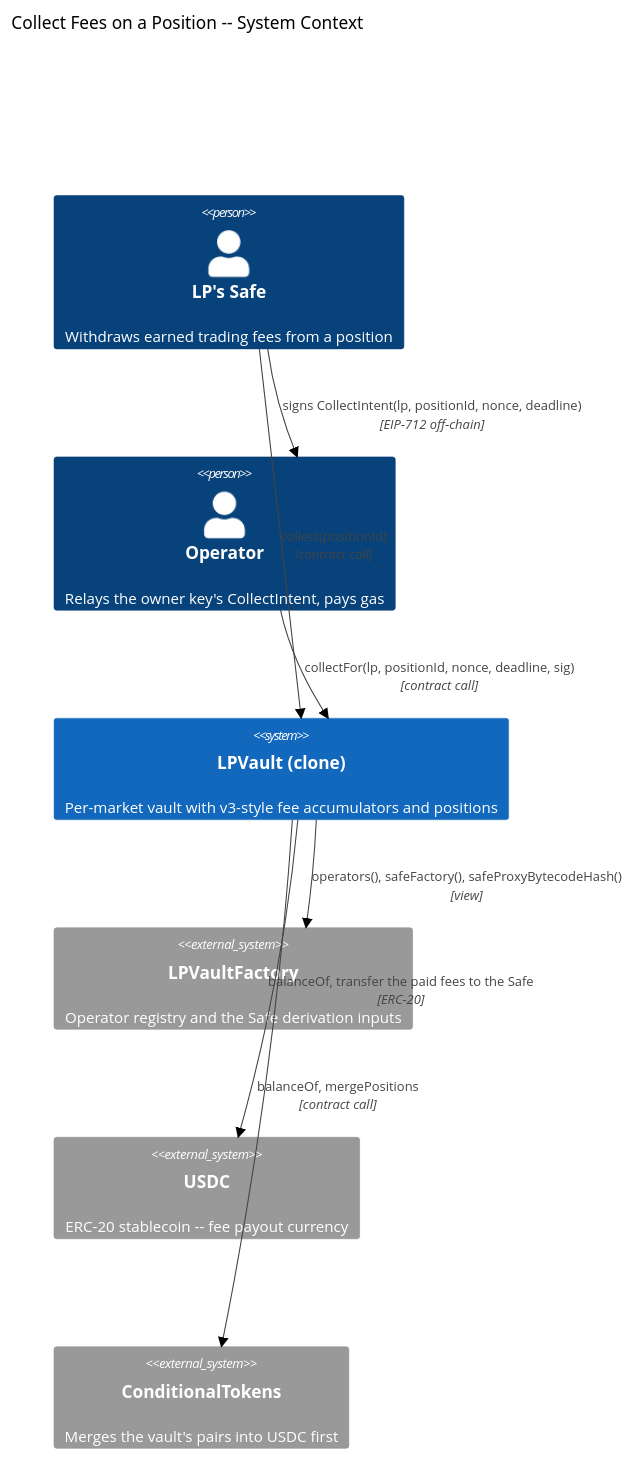
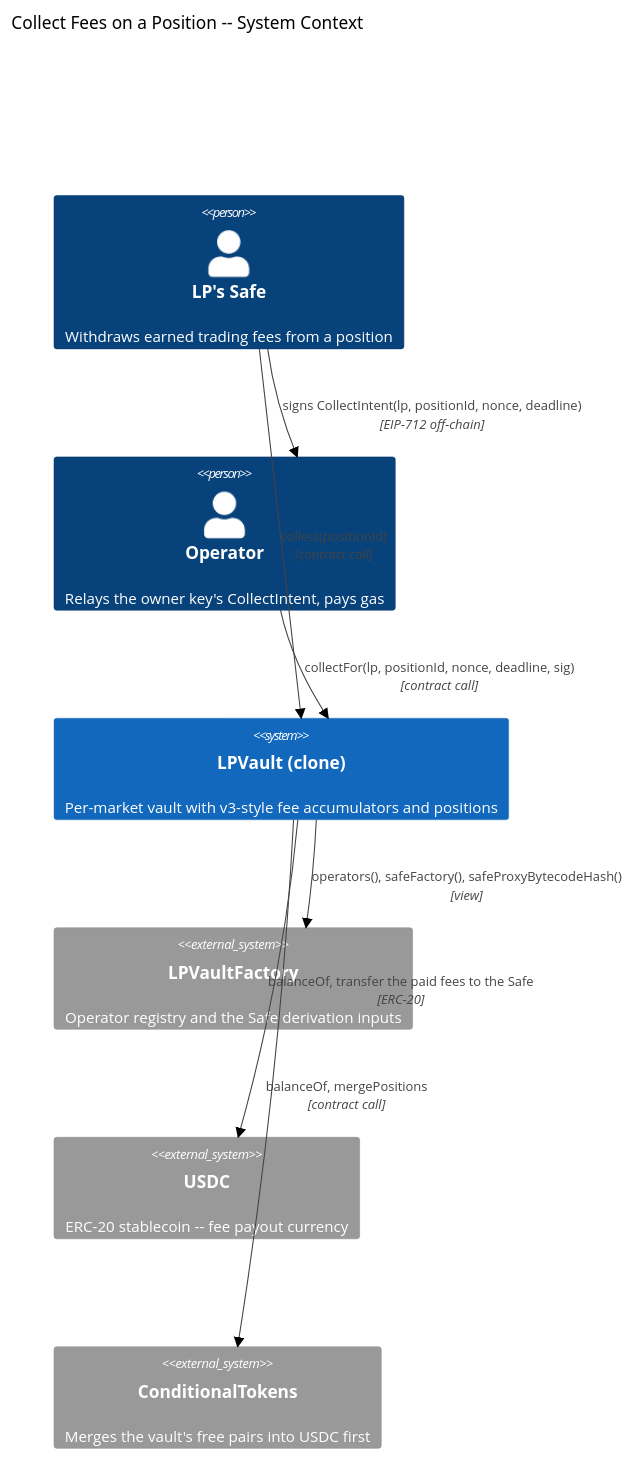
Before and after one commit to ProphetMarket/lp-vaults: the first of 3 diagrams in specs/features/contracts/FEAT-U079-collect-fees-on-a-position/ARCHITECTURE.md, drawn with Mermaid (forest theme). The commit also changed other lines of this file and 16 other files, not shown here.

First line of the commit message:
spec (vault): Specify the free-pairs merge

````diff
--- a/specs/features/contracts/FEAT-U079-collect-fees-on-a-position/ARCHITECTURE.md
+++ b/specs/features/contracts/FEAT-U079-collect-fees-on-a-position/ARCHITECTURE.md
@@ -15,16 +15,16 @@
 ```mermaid
 C4Context
     title Collect Fees on a Position -- System Context
     Person(lp, "LP's Safe", "Withdraws earned trading fees from a position")
     Person(operator, "Operator", "Relays the owner key's CollectIntent, pays gas")
     System(vault, "LPVault (clone)", "Per-market vault with v3-style fee accumulators and positions")
     System_Ext(factory, "LPVaultFactory", "Operator registry and the Safe derivation inputs")
     System_Ext(usdc, "USDC", "ERC-20 stablecoin -- fee payout currency")
-    System_Ext(ctf, "ConditionalTokens", "Merges the vault's pairs into USDC first")
+    System_Ext(ctf, "ConditionalTokens", "Merges the vault's free pairs into USDC first")
     Rel(lp, vault, "collect(positionId)", "contract call")
     Rel(lp, operator, "signs CollectIntent(lp, positionId, nonce, deadline)", "EIP-712 off-chain")
     Rel(operator, vault, "collectFor(lp, positionId, nonce, deadline, sig)", "contract call")
     Rel(vault, factory, "operators(), safeFactory(), safeProxyBytecodeHash()", "view")
     Rel(vault, ctf, "balanceOf, mergePositions", "contract call")
     Rel(vault, usdc, "balanceOf, transfer the paid fees to the Safe", "ERC-20")
 ```
````
